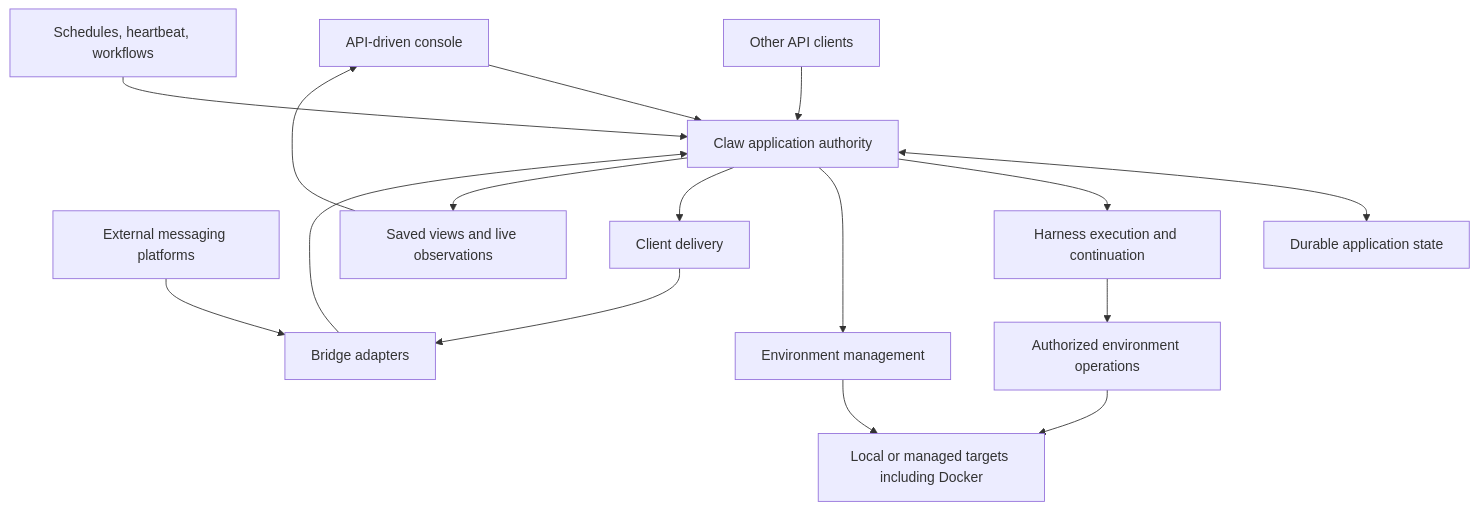
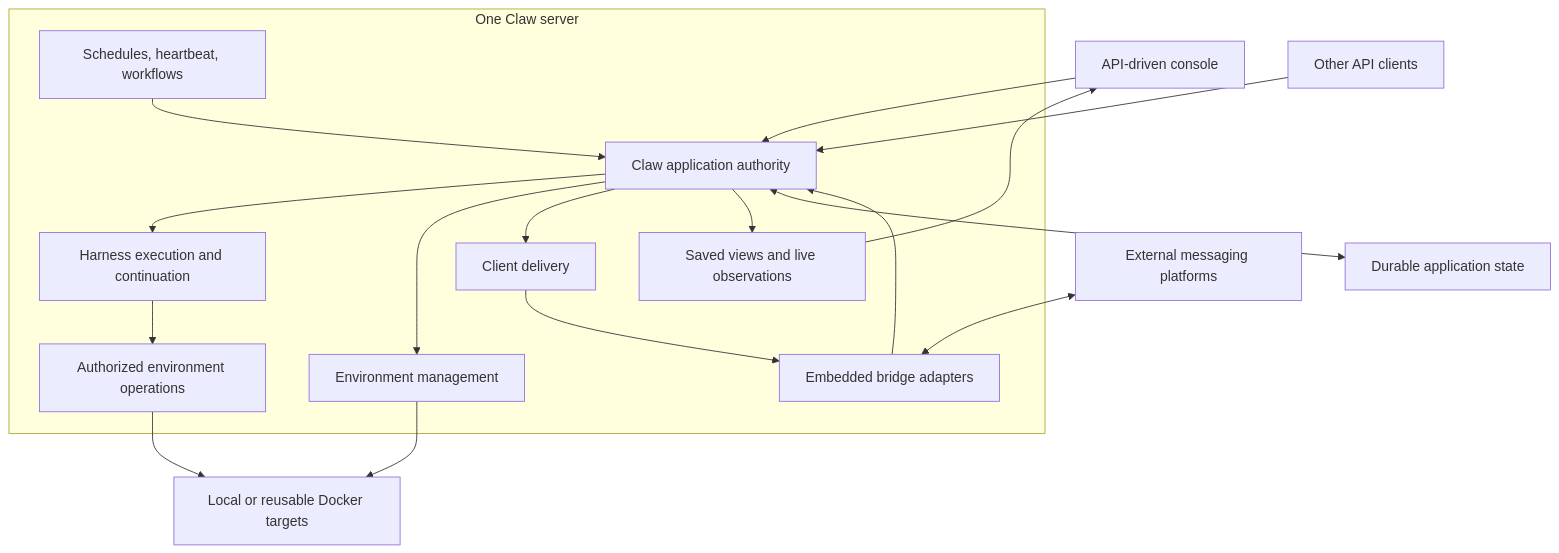
Before and after one commit to Wh1isper/a13n-claw: the diagram in spec/00-overview.md, drawn with Mermaid. The commit also changed other lines of this file and 10 other files, not shown here.

````diff
--- a/spec/00-overview.md
+++ b/spec/00-overview.md
@@ -26,18 +26,20 @@
 ```mermaid
 flowchart TB
-    Console[API-driven console] --> App[Claw application authority]
+    Console[API-driven console] --> App
     API[Other API clients] --> App
-    Platforms[External messaging platforms] --> Bridges[Bridge adapters]
-    Bridges --> App
-    Automation[Schedules, heartbeat, workflows] --> App
+    Platforms[External messaging platforms] <--> Bridges
+    subgraph Server[One Claw server]
+        Bridges[Embedded bridge adapters] --> App[Claw application authority]
+        Automation[Schedules, heartbeat, workflows] --> App
+        App --> Harness[Harness execution and continuation]
+        App --> Management[Environment management]
+        App --> Delivery[Client delivery]
+        Delivery --> Bridges
+        App --> Views[Saved views and live observations]
+        Harness --> Access[Authorized environment operations]
+    end
     App <--> State[Durable application state]
-    App --> Harness[Harness execution and continuation]
-    App --> Management[Environment management]
-    Management --> Targets[Local or managed targets including Docker]
-    Harness --> Access[Authorized environment operations]
+    Management --> Targets[Local or reusable Docker targets]
     Access --> Targets
-    App --> Delivery[Client delivery]
-    Delivery --> Bridges
-    App --> Views[Saved views and live observations]
     Views --> Console
 ```
````
